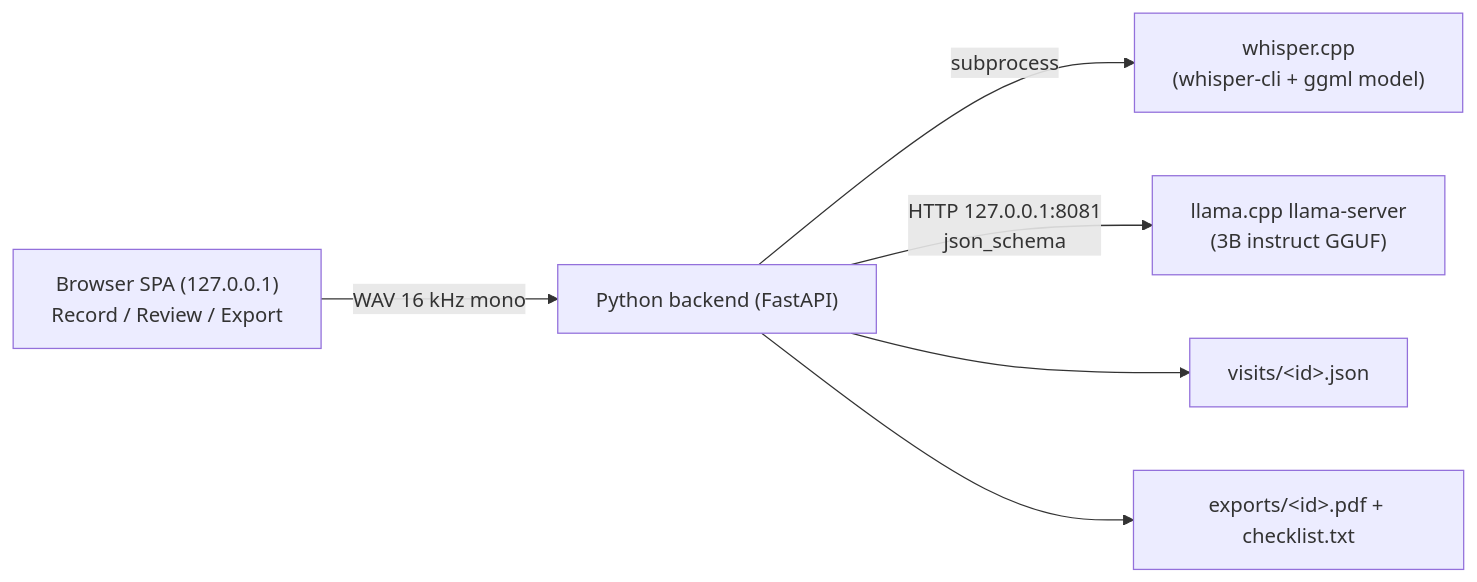
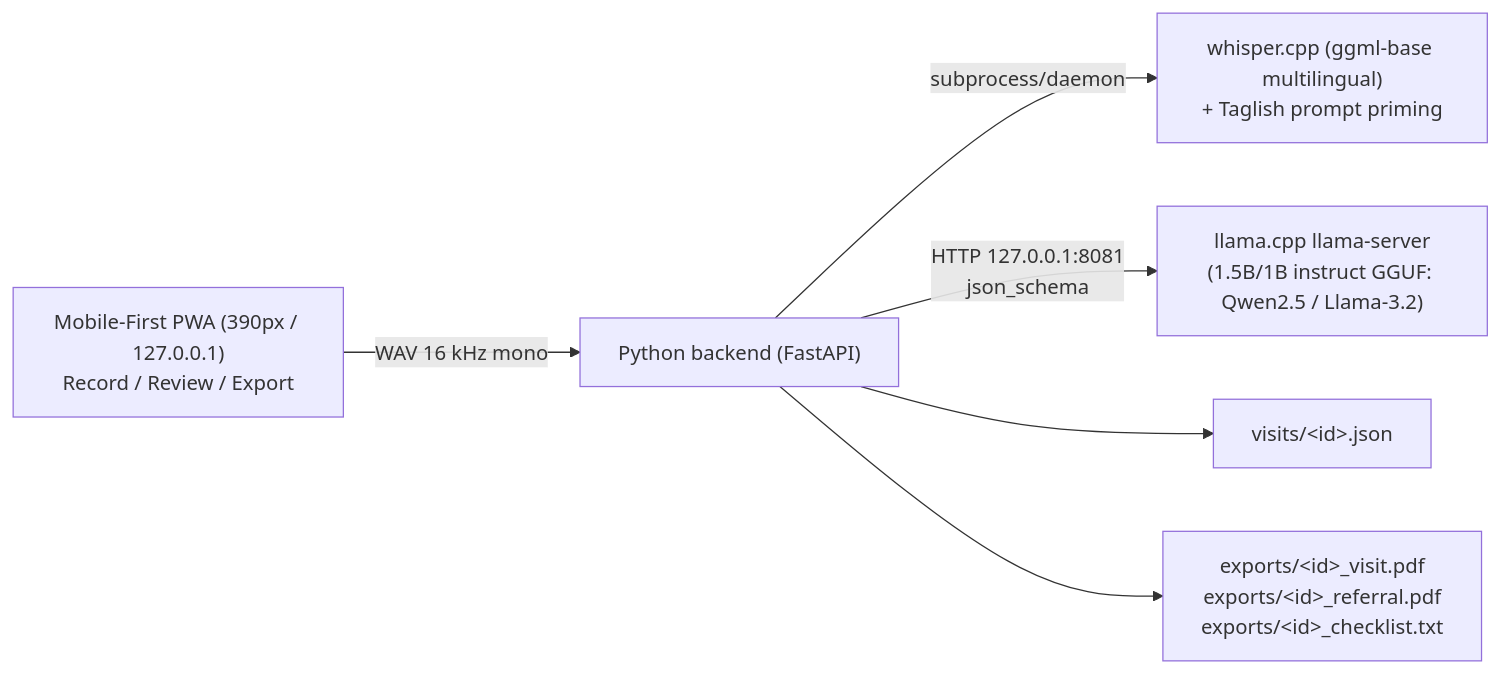
Before and after one commit to butterkookies/OfflineDoc: the diagram in IMPLEMENTATION_PLAN.md, drawn with Mermaid. The commit also changed other lines of this file and 5 other files, not shown here.

Commit message:
docs: finalize BHW contract, mobile PWA specs, 1.5B model, Taglish priming, and Referral Slip export

````diff
--- a/IMPLEMENTATION_PLAN.md
+++ b/IMPLEMENTATION_PLAN.md
@@ -20,8 +20,8 @@
 ```mermaid
 flowchart LR
-  UI["Browser SPA (127.0.0.1)<br/>Record / Review / Export"] -->|"WAV 16 kHz mono"| API["Python backend (FastAPI)"]
-  API -->|subprocess| W["whisper.cpp<br/>(whisper-cli + ggml model)"]
-  API -->|"HTTP 127.0.0.1:8081<br/>json_schema"| L["llama.cpp llama-server<br/>(3B instruct GGUF)"]
+  UI["Mobile-First PWA (390px / 127.0.0.1)<br/>Record / Review / Export"] -->|"WAV 16 kHz mono"| API["Python backend (FastAPI)"]
+  API -->|subprocess/daemon| W["whisper.cpp (ggml-base multilingual)<br/>+ Taglish prompt priming"]
+  API -->|"HTTP 127.0.0.1:8081<br/>json_schema"| L["llama.cpp llama-server<br/>(1.5B/1B instruct GGUF: Qwen2.5 / Llama-3.2)"]
   API --> S["visits/&lt;id&gt;.json"]
-  API --> E["exports/&lt;id&gt;.pdf + checklist.txt"]
+  API --> E["exports/&lt;id&gt;_visit.pdf<br/>exports/&lt;id&gt;_referral.pdf<br/>exports/&lt;id&gt;_checklist.txt"]
 ```
````
